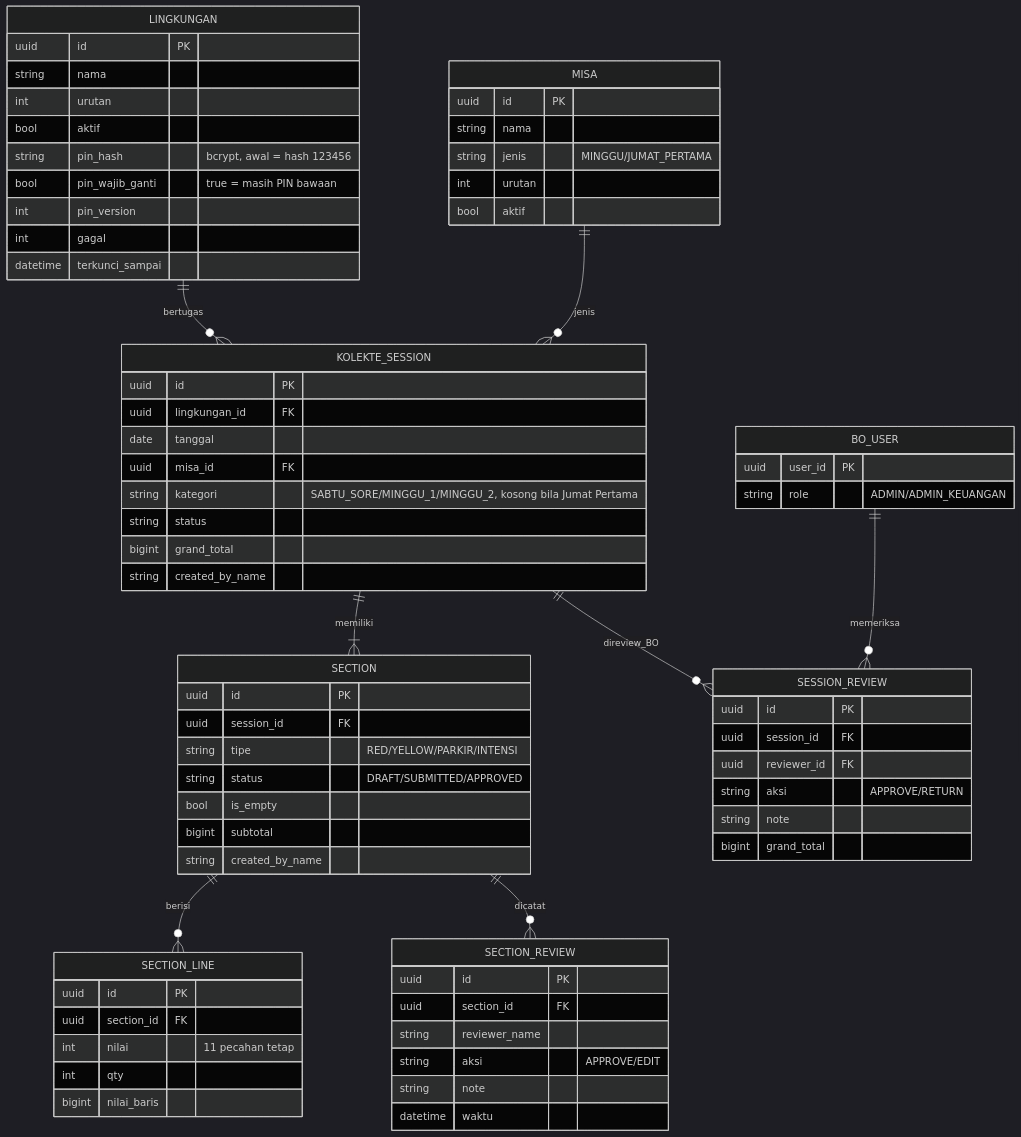
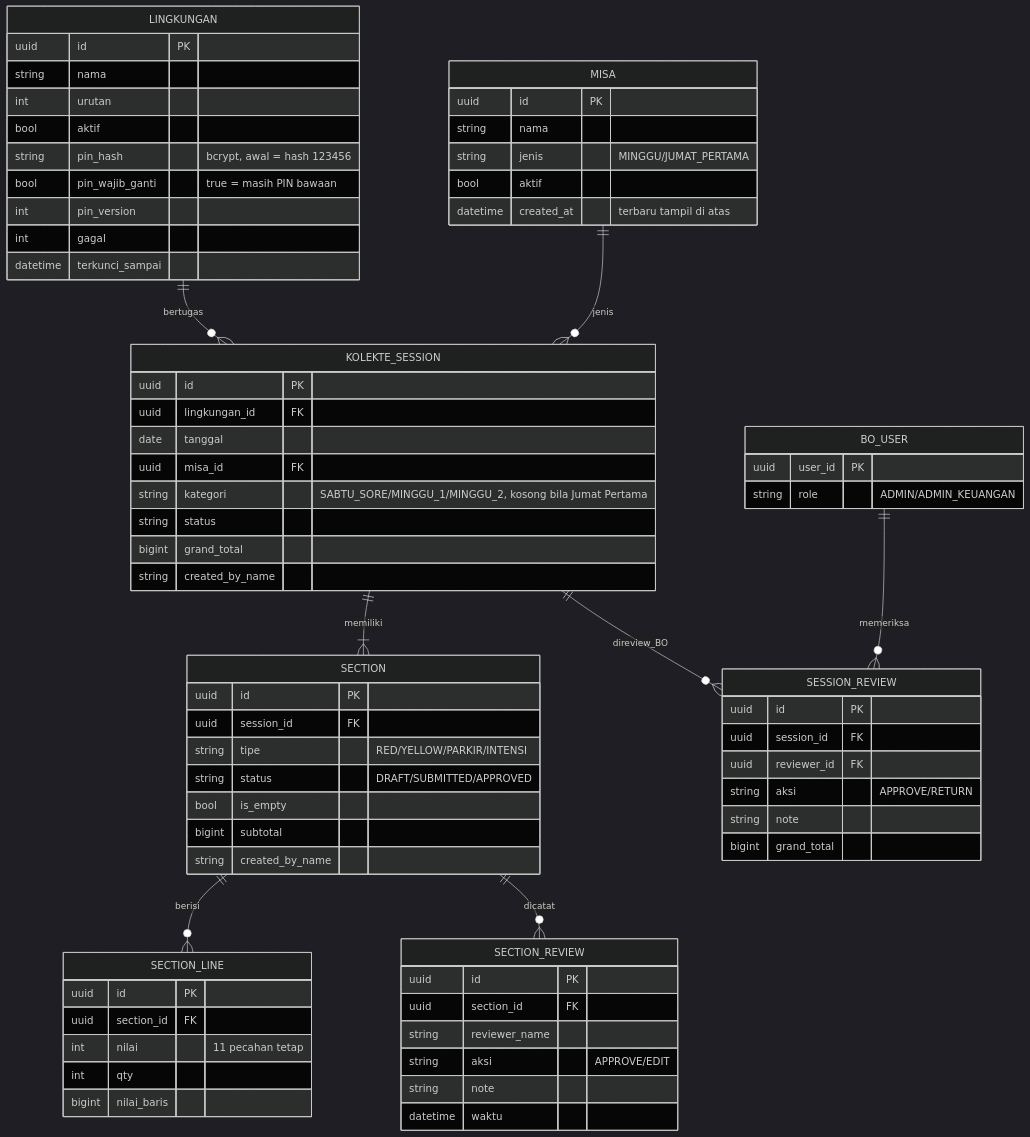
Diagram 11 of 12 in docs/PRD_Sistem_Kolekte.md (vicaanne2014/kolekte.ygp), drawn with Mermaid (dark theme) before and after one commit. The commit also changed other lines of this file and 10 other files, not shown here.

First line of the commit message:
Master Misa tanpa urutan: yang terbaru ditambahkan tampil di paling atas

````diff
--- a/docs/PRD_Sistem_Kolekte.md
+++ b/docs/PRD_Sistem_Kolekte.md
@@ -417,59 +417,59 @@
 ```mermaid
 erDiagram
     LINGKUNGAN ||--o{ KOLEKTE_SESSION : bertugas
     MISA ||--o{ KOLEKTE_SESSION : jenis
     KOLEKTE_SESSION ||--|{ SECTION : memiliki
     SECTION ||--o{ SECTION_LINE : berisi
     SECTION ||--o{ SECTION_REVIEW : dicatat
     KOLEKTE_SESSION ||--o{ SESSION_REVIEW : direview_BO
     BO_USER ||--o{ SESSION_REVIEW : memeriksa
 
     LINGKUNGAN { uuid id PK
       string nama
       int urutan
       bool aktif
       string pin_hash "bcrypt, awal = hash 123456"
       bool pin_wajib_ganti "true = masih PIN bawaan"
       int pin_version
       int gagal
       datetime terkunci_sampai }
     MISA { uuid id PK
       string nama
       string jenis "MINGGU/JUMAT_PERTAMA"
-      int urutan
-      bool aktif }
+      bool aktif
+      datetime created_at "terbaru tampil di atas" }
     KOLEKTE_SESSION { uuid id PK
       uuid lingkungan_id FK
       date tanggal
       uuid misa_id FK
       string kategori "SABTU_SORE/MINGGU_1/MINGGU_2, kosong bila Jumat Pertama"
       string status
       bigint grand_total
       string created_by_name }
     SECTION { uuid id PK
       uuid session_id FK
       string tipe "RED/YELLOW/PARKIR/INTENSI"
       string status "DRAFT/SUBMITTED/APPROVED"
       bool is_empty
       bigint subtotal
       string created_by_name }
     SECTION_LINE { uuid id PK
       uuid section_id FK
       int nilai "11 pecahan tetap"
       int qty
       bigint nilai_baris }
     SECTION_REVIEW { uuid id PK
       uuid section_id FK
       string reviewer_name
       string aksi "APPROVE/EDIT"
       string note
       datetime waktu }
     SESSION_REVIEW { uuid id PK
       uuid session_id FK
       uuid reviewer_id FK
       string aksi "APPROVE/RETURN"
       string note
       bigint grand_total }
     BO_USER { uuid user_id PK
       string role "ADMIN/ADMIN_KEUANGAN" }
 ```
````
